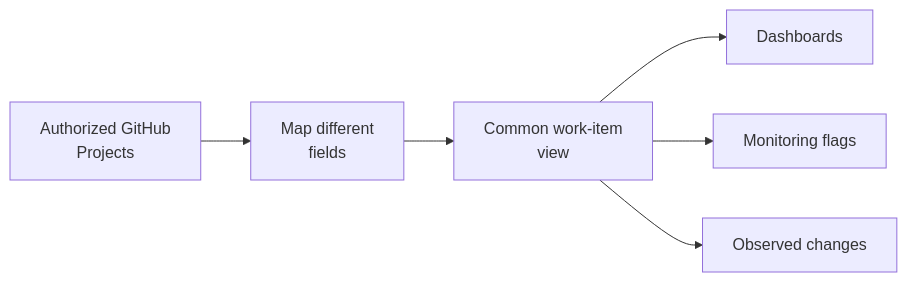
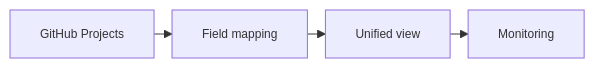
Before and after one commit to ahmadhas08-sys/Project-INT-Al-Jarmoozi: the second of 3 diagrams in 00-project/03-presentation-1.md, drawn with Mermaid. The commit also changed other lines of this file, not shown here.

````diff
--- a/00-project/03-presentation-1.md
+++ b/00-project/03-presentation-1.md
@@ -43,8 +42,7 @@
 ```mermaid
+%%{init: {"themeVariables": {"fontSize": "12px"}, "flowchart": {"nodeSpacing": 12, "rankSpacing": 18, "diagramPadding": 4}}}%%
 flowchart LR
-  A[Authorized GitHub<br/>Projects] --> B[Map different<br/>fields]
-  B --> C[Common work-item<br/>view]
-  C --> D[Dashboards]
-  C --> E[Monitoring flags]
-  C --> F[Observed changes]
+  A[GitHub Projects] --> B[Field mapping]
+  B --> C[Unified view]
+  C --> D[Monitoring]
 ```
````
